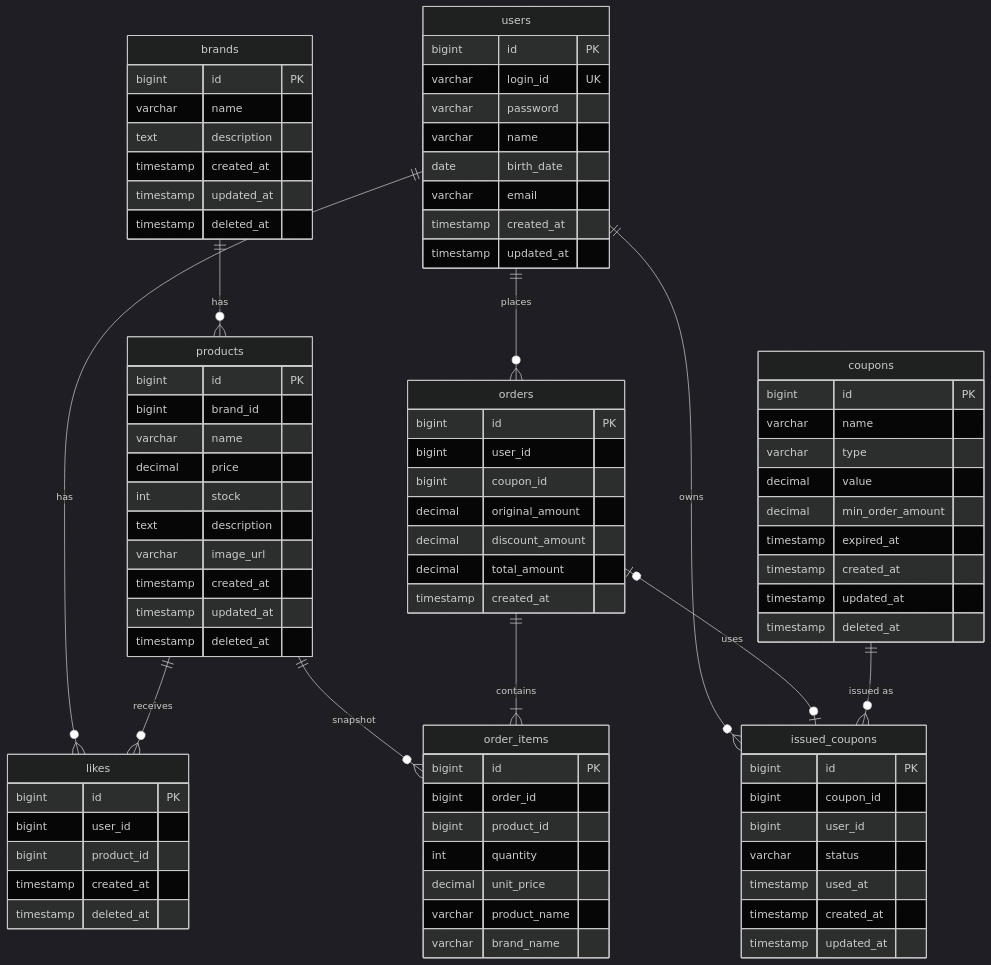
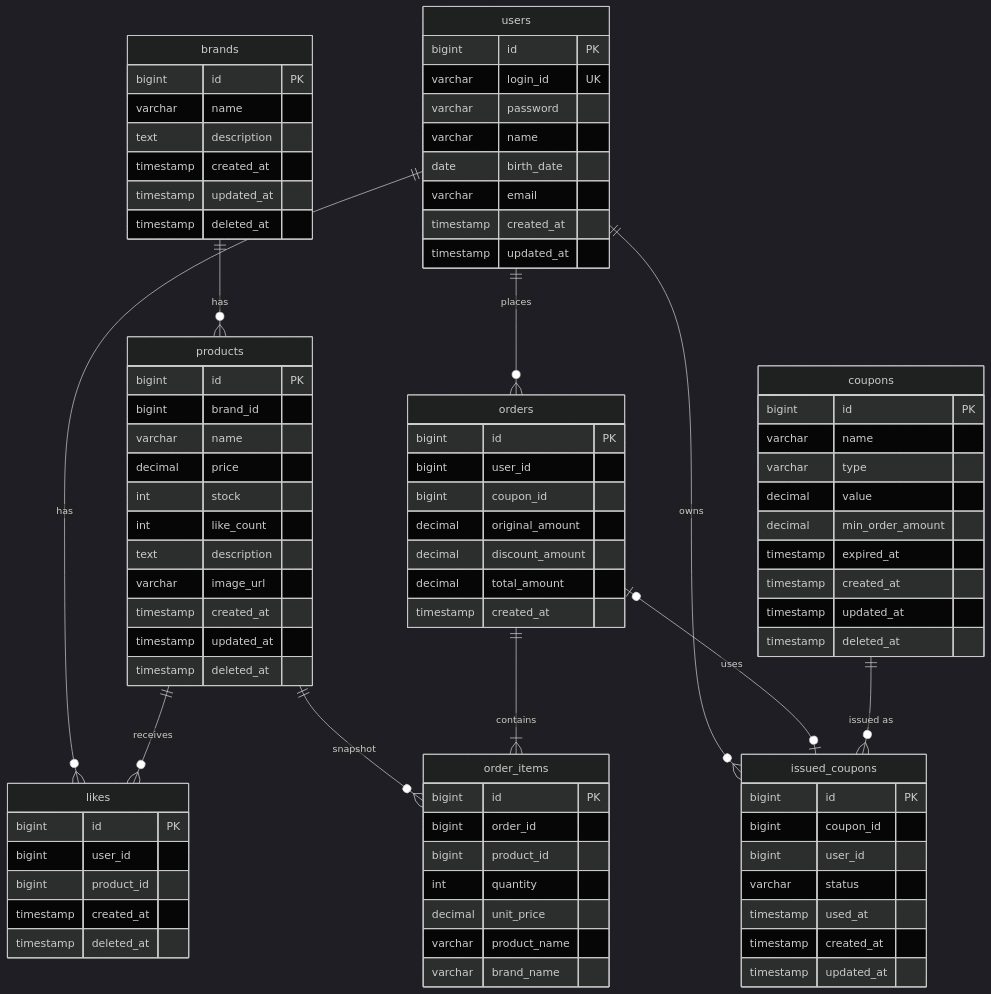
One commit to Loopers-dev-lab/loop-pack-be-l2-vol3-kotlin changed the diagram in docs/design/04-erd.md. Above: the diagram before and after it, drawn with Mermaid (dark theme). The commit also changed other lines of this file, not shown here.

Commit message:
docs: 설계 문서에 상품 좋아요 수 컬럼 추가
- products 테이블 ERD에 like_count 필드 추가
- 테이블 상세에 like_count 컬럼 명세 추가

```diff
--- a/docs/design/04-erd.md
+++ b/docs/design/04-erd.md
@@ -56,6 +56,7 @@
         varchar name
         decimal price
         int stock
+        int like_count
         text description
         varchar image_url
         timestamp created_at
```
